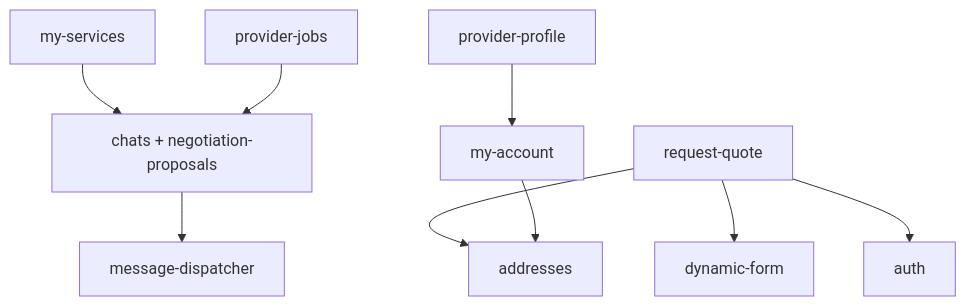
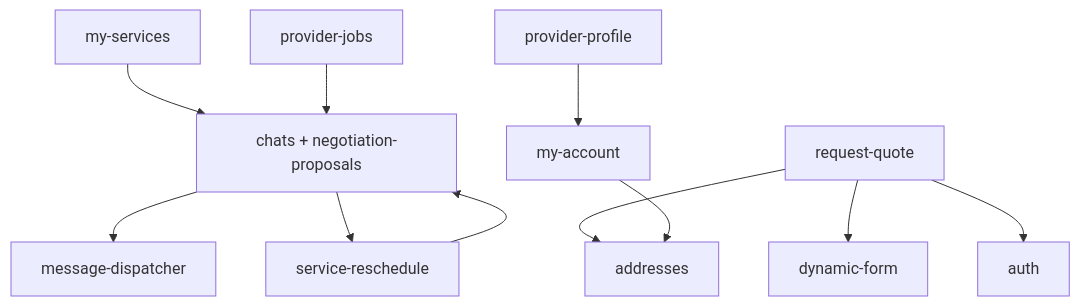
One commit to higorpo/renovi-orbit-test changed the diagram in docs/business/02-mapa-de-modulos-e-features.md. Above: the diagram before and after it, drawn with Mermaid. The commit also changed other lines of this file and 33 other files, not shown here.

````diff
--- a/docs/business/02-mapa-de-modulos-e-features.md
+++ b/docs/business/02-mapa-de-modulos-e-features.md
@@ -75,21 +76,24 @@
 ```mermaid
 flowchart TB
   RQ[request-quote]
   DF[dynamic-form]
   AD[addresses]
   AU[auth]
   CM[my-services]
   PJ[provider-jobs]
   PP[provider-profile]
   MA[my-account]
   CH[chats + negotiation-proposals]
+  SR[service-reschedule]
   MD[message-dispatcher]
   RQ --> DF
   RQ --> AD
   RQ --> AU
   CM --> CH
   MA --> AD
   PP --> MA
   PJ --> CH
   CH --> MD
+  CH --> SR
+  SR --> CH
 ```
````
